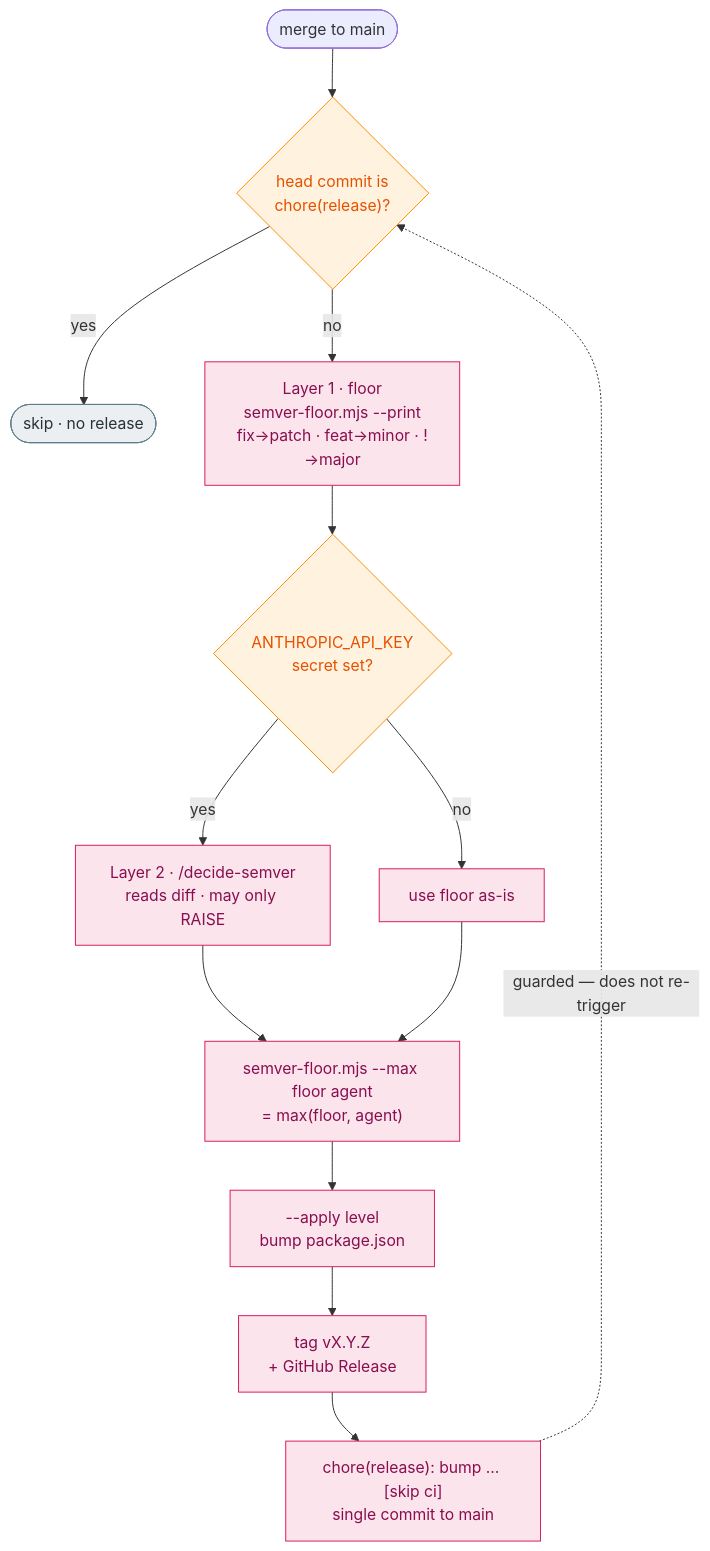
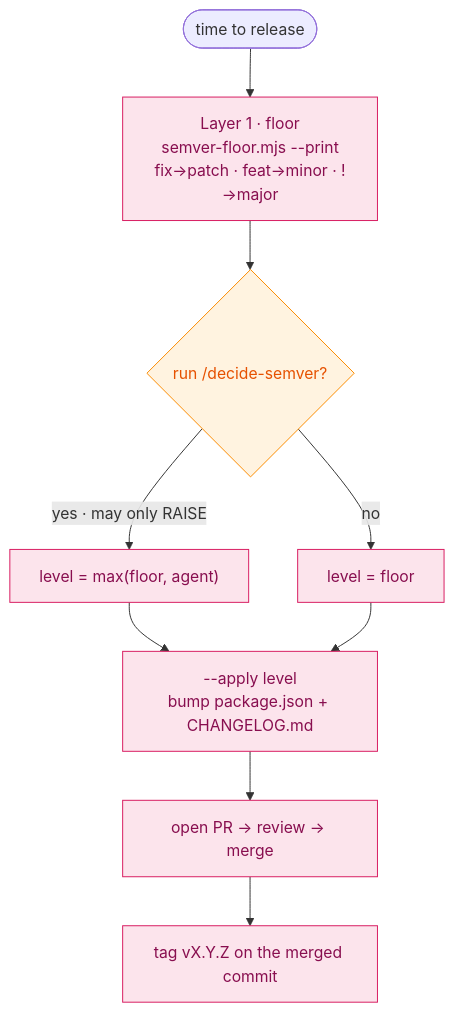
Before and after one commit to stefanstelzer/lean-harness-ai-sdlc: the fifth of 5 diagrams in WORKFLOW.md, drawn with Mermaid. The commit also changed other lines of this file and 21 other files, not shown here.

````diff
--- a/WORKFLOW.md
+++ b/WORKFLOW.md
@@ -348,23 +350,17 @@
 ```mermaid
 flowchart TD
   classDef rel fill:#fce4ec,stroke:#d81b60,color:#880e4f;
   classDef gate fill:#fff3e0,stroke:#fb8c00,color:#e65100;
-  classDef stop fill:#eceff1,stroke:#607d8b,color:#263238;
 
-  m(["merge to main"]) --> guard{"head commit is<br/>chore(release)?"}
-  guard -->|"yes"| skip(["skip · no release"])
-  guard -->|"no"| floor["Layer 1 · floor<br/>semver-floor.mjs --print<br/>fix→patch · feat→minor · !→major"]
-  floor --> key{"ANTHROPIC_API_KEY<br/>secret set?"}
-  key -->|"yes"| agent["Layer 2 · /decide-semver<br/>reads diff · may only RAISE"]
-  key -->|"no"| usefloor["use floor as-is"]
-  agent --> mx["semver-floor.mjs --max floor agent<br/>= max(floor, agent)"]
-  usefloor --> mx
-  mx --> bump["--apply level<br/>bump package.json"]
-  bump --> tag["tag vX.Y.Z<br/>+ GitHub Release"]
-  tag --> commit["chore(release): bump … [skip ci]<br/>single commit to main"]
-  commit -.->|"guarded — does not re-trigger"| guard
+  start(["time to release"]) --> floor["Layer 1 · floor<br/>semver-floor.mjs --print<br/>fix→patch · feat→minor · !→major"]
+  floor --> agent{"run /decide-semver?"}
+  agent -->|"yes · may only RAISE"| mx["level = max(floor, agent)"]
+  agent -->|"no"| usefloor["level = floor"]
+  mx --> bump["--apply level<br/>bump package.json + CHANGELOG.md"]
+  usefloor --> bump
+  bump --> pr["open PR → review → merge"]
+  pr --> tag["tag vX.Y.Z on the merged commit"]
 
-  class floor,agent,usefloor,mx,bump,tag,commit rel;
-  class guard,key gate;
-  class skip stop;
+  class floor,mx,usefloor,bump,pr,tag rel;
+  class agent gate;
 ```
````
